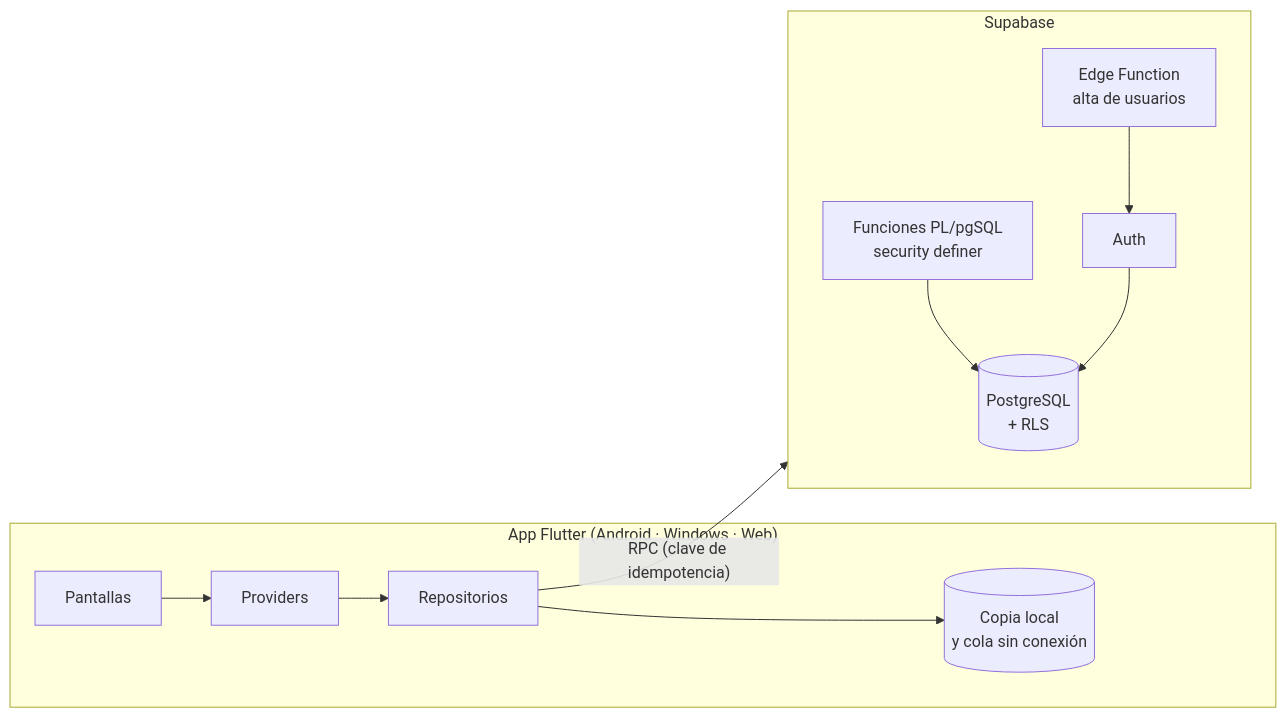
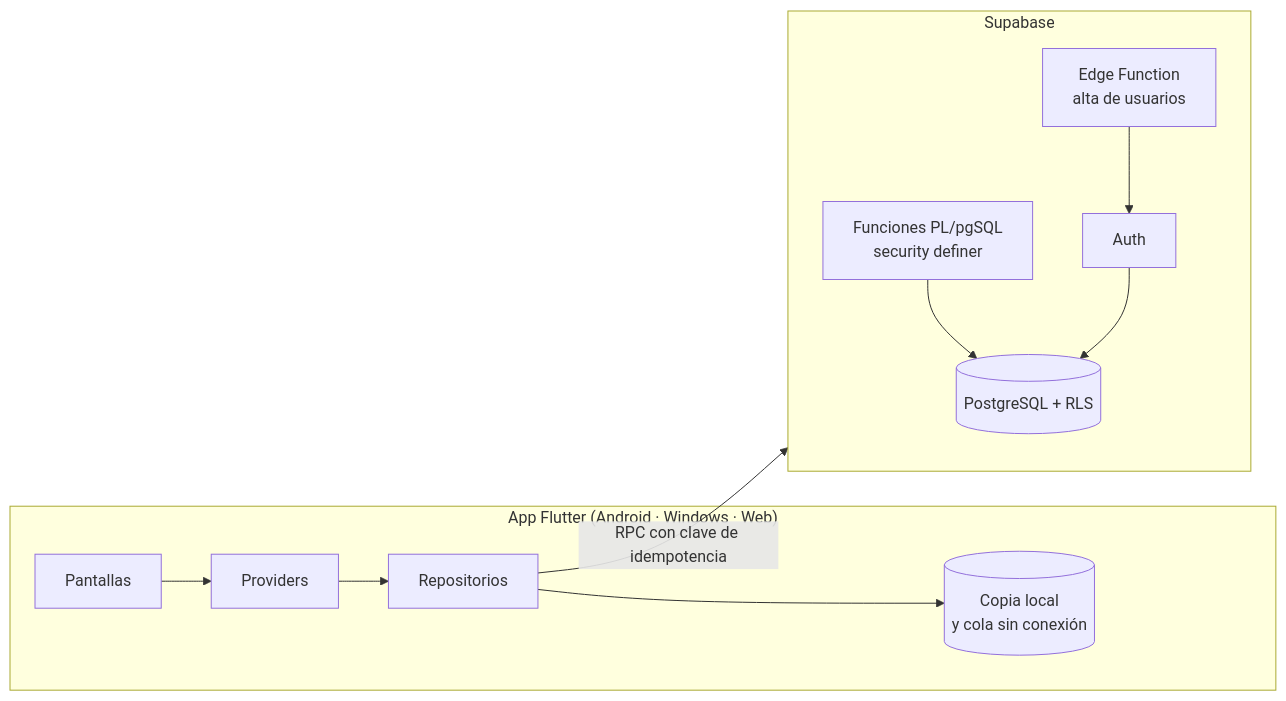
One commit to GabrielLeon1111/sistema-pedidos-distribuidora changed the diagram in README.md. Above: the diagram before and after it, drawn with Mermaid. The commit also changed other lines of this file, not shown here.

Commit message:
README con el formato de los demás proyectos: índice, roles, base de datos y seguridad

````diff
--- a/README.md
+++ b/README.md
@@ -51,14 +116,14 @@
 ```mermaid
 flowchart LR
   subgraph App["App Flutter (Android · Windows · Web)"]
     UI[Pantallas] --> P[Providers]
     P --> R[Repositorios]
     R --> L[(Copia local<br/>y cola sin conexión)]
   end
-  R -- "RPC (clave de idempotencia)" --> S
+  R -- "RPC con clave de idempotencia" --> S
   subgraph S["Supabase"]
-    F[Funciones PL/pgSQL<br/>security definer] --> DB[(PostgreSQL<br/>+ RLS)]
+    F[Funciones PL/pgSQL<br/>security definer] --> DB[(PostgreSQL + RLS)]
     A[Auth] --> DB
     E[Edge Function<br/>alta de usuarios] --> A
   end
 ```
````
